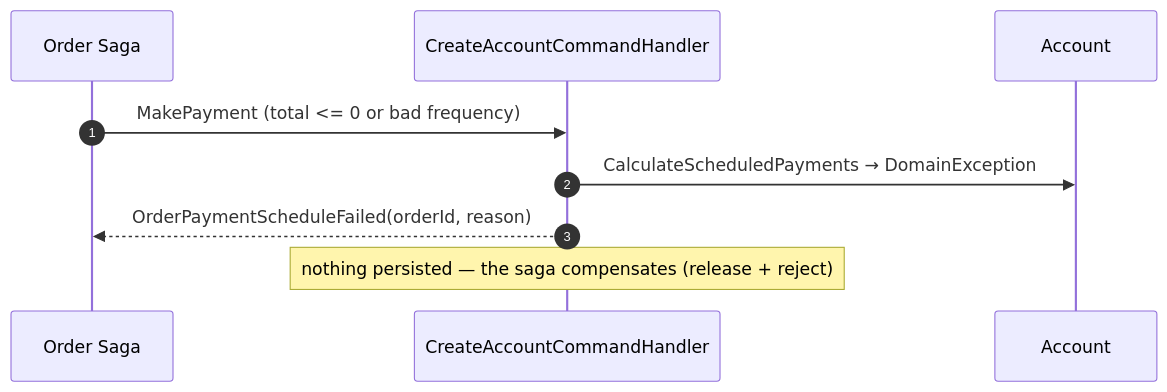
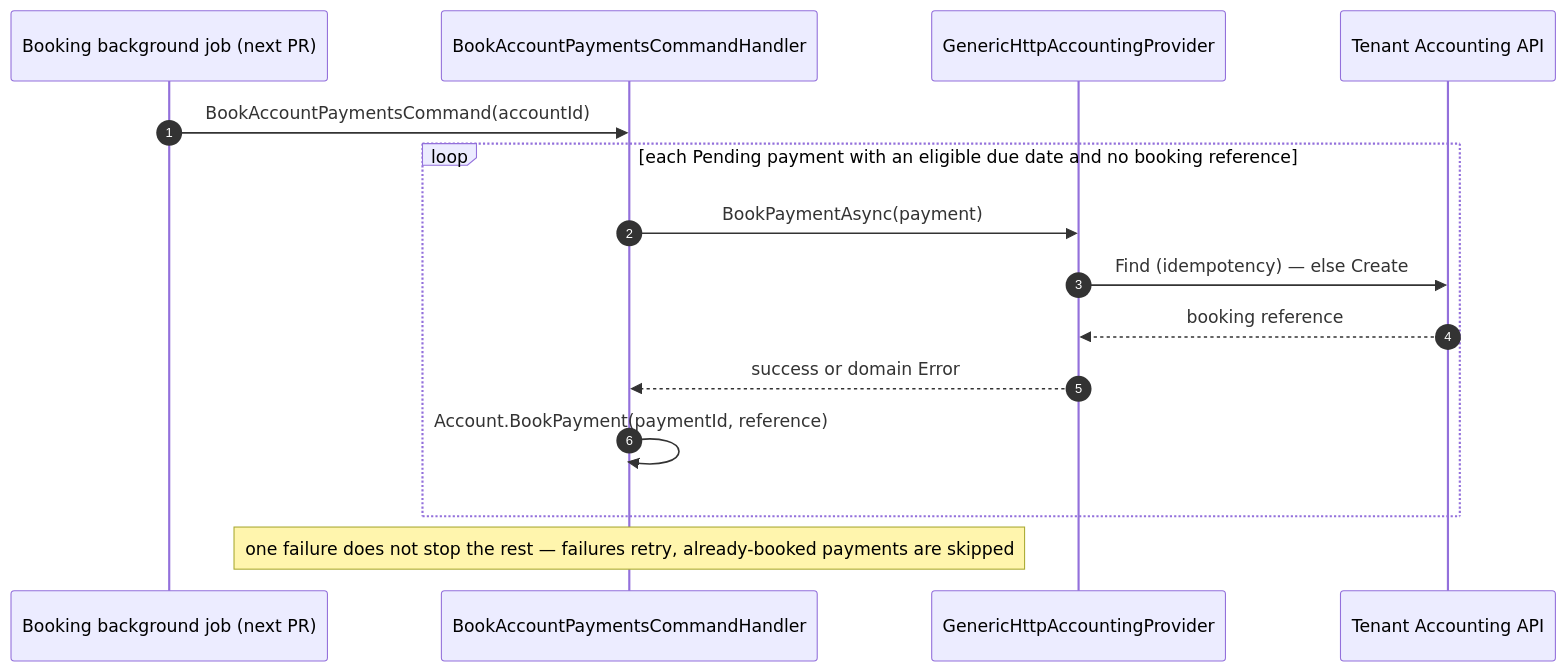
Before and after one commit to mnnam1302/EShop: the sixth of 7 diagrams in Finance/src/EShop.Finance.API/README.md, drawn with Mermaid. The commit also changed other lines of this file and 82 other files, not shown here.

First line of the commit message:
[ESHOP-0507] Book Finance payments to tenant-configured GenericHttp accounting providers (#73)

````diff
--- a/Finance/src/EShop.Finance.API/README.md
+++ b/Finance/src/EShop.Finance.API/README.md
@@ -384,12 +115,18 @@
 ```mermaid
 sequenceDiagram
     autonumber
-    participant ORD as Order Saga
-    participant H as CreateAccountCommandHandler
-    participant ACC as Account
+    participant BG as Booking background job (next PR)
+    participant BH as BookAccountPaymentsCommandHandler
+    participant P as GenericHttpAccountingProvider
+    participant EXT as Tenant Accounting API
 
-    ORD->>H: MakePayment (total <= 0 or bad frequency)
-    H->>ACC: CalculateScheduledPayments → DomainException
-    H-->>ORD: OrderPaymentScheduleFailed(orderId, reason)
-    Note over H: nothing persisted — the saga compensates (release + reject)
+    BG->>BH: BookAccountPaymentsCommand(accountId)
+    loop each Pending payment with an eligible due date and no booking reference
+        BH->>P: BookPaymentAsync(payment)
+        P->>EXT: Find (idempotency) — else Create
+        EXT-->>P: booking reference
+        P-->>BH: success or domain Error
+        BH->>BH: Account.BookPayment(paymentId, reference)
+    end
+    Note over BH: one failure does not stop the rest — failures retry, already-booked payments are skipped
 ```
````
